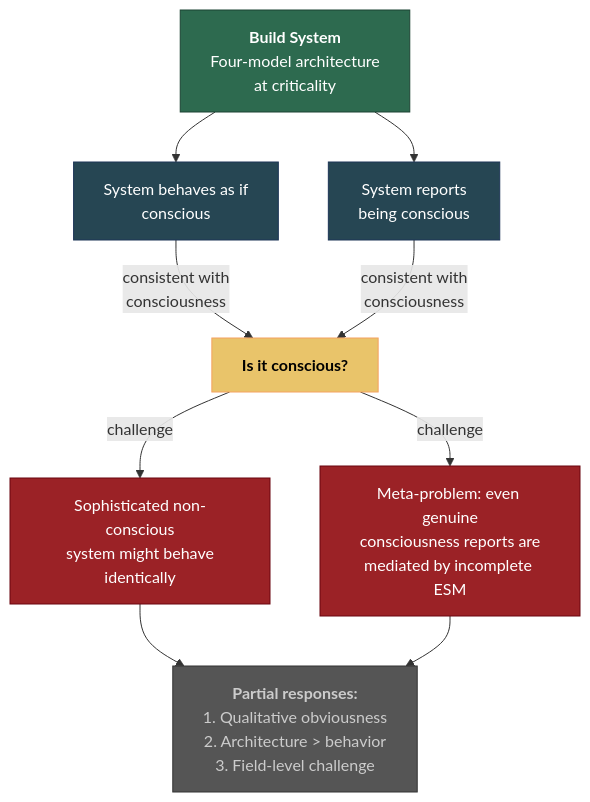
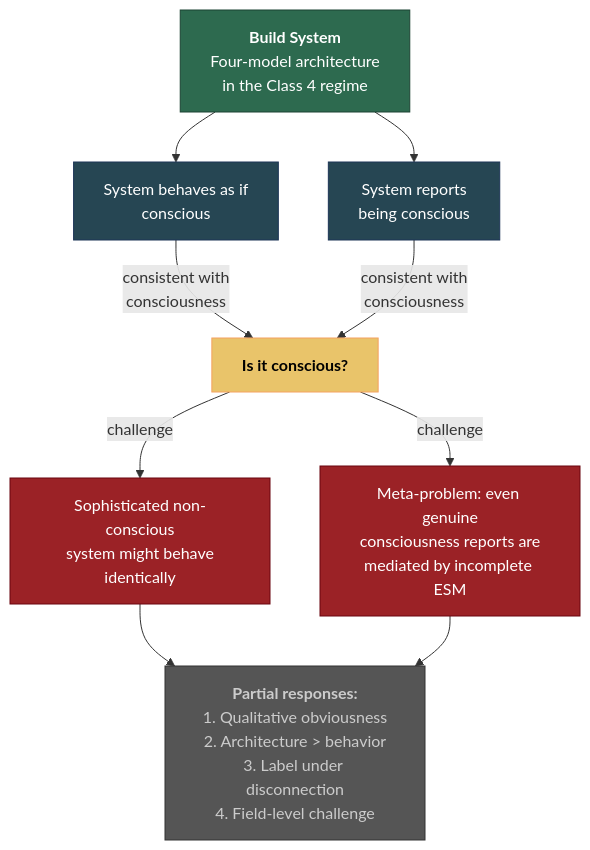
The diagram in wiki/limitations/other-minds.md (JeltzProstetnic/aIware), drawn with Mermaid before and after one commit. The commit also changed other lines of this file and 124 other files, not shown here.

````diff
--- a/wiki/limitations/other-minds.md
+++ b/wiki/limitations/other-minds.md
@@ -43,32 +45,32 @@
 ```mermaid
 graph TD
-    BUILD["<b>Build System</b><br/>Four-model architecture<br/>at criticality"]
+    BUILD["<b>Build System</b><br/>Four-model architecture<br/>in the Class 4 regime"]
     BEHAVE["System behaves as if<br/>conscious"]
     REPORTS["System reports<br/>being conscious"]
 
     BUILD --> BEHAVE
     BUILD --> REPORTS
 
     Q1["<b>Is it conscious?</b>"]
     BEHAVE -->|"consistent with<br/>consciousness"| Q1
     REPORTS -->|"consistent with<br/>consciousness"| Q1
 
     PROB1["Sophisticated non-conscious<br/>system might behave<br/>identically"]
     PROB2["Meta-problem: even genuine<br/>consciousness reports are<br/>mediated by incomplete ESM"]
 
     Q1 -->|"challenge"| PROB1
     Q1 -->|"challenge"| PROB2
 
-    PARTIAL["<b>Partial responses:</b><br/>1. Qualitative obviousness<br/>2. Architecture > behavior<br/>3. Field-level challenge"]
+    PARTIAL["<b>Partial responses:</b><br/>1. Qualitative obviousness<br/>2. Architecture > behavior<br/>3. Label under disconnection<br/>4. Field-level challenge"]
 
     PROB1 --> PARTIAL
     PROB2 --> PARTIAL
 
     style BUILD fill:#2d6a4f,color:#fff,stroke:#1b4332
     style BEHAVE fill:#264653,color:#fff,stroke:#1d3557
     style REPORTS fill:#264653,color:#fff,stroke:#1d3557
     style Q1 fill:#e9c46a,color:#000,stroke:#f4a261
     style PROB1 fill:#9b2226,color:#fff,stroke:#6a040f
     style PROB2 fill:#9b2226,color:#fff,stroke:#6a040f
     style PARTIAL fill:#555,color:#ccc,stroke:#333
 ```
````
